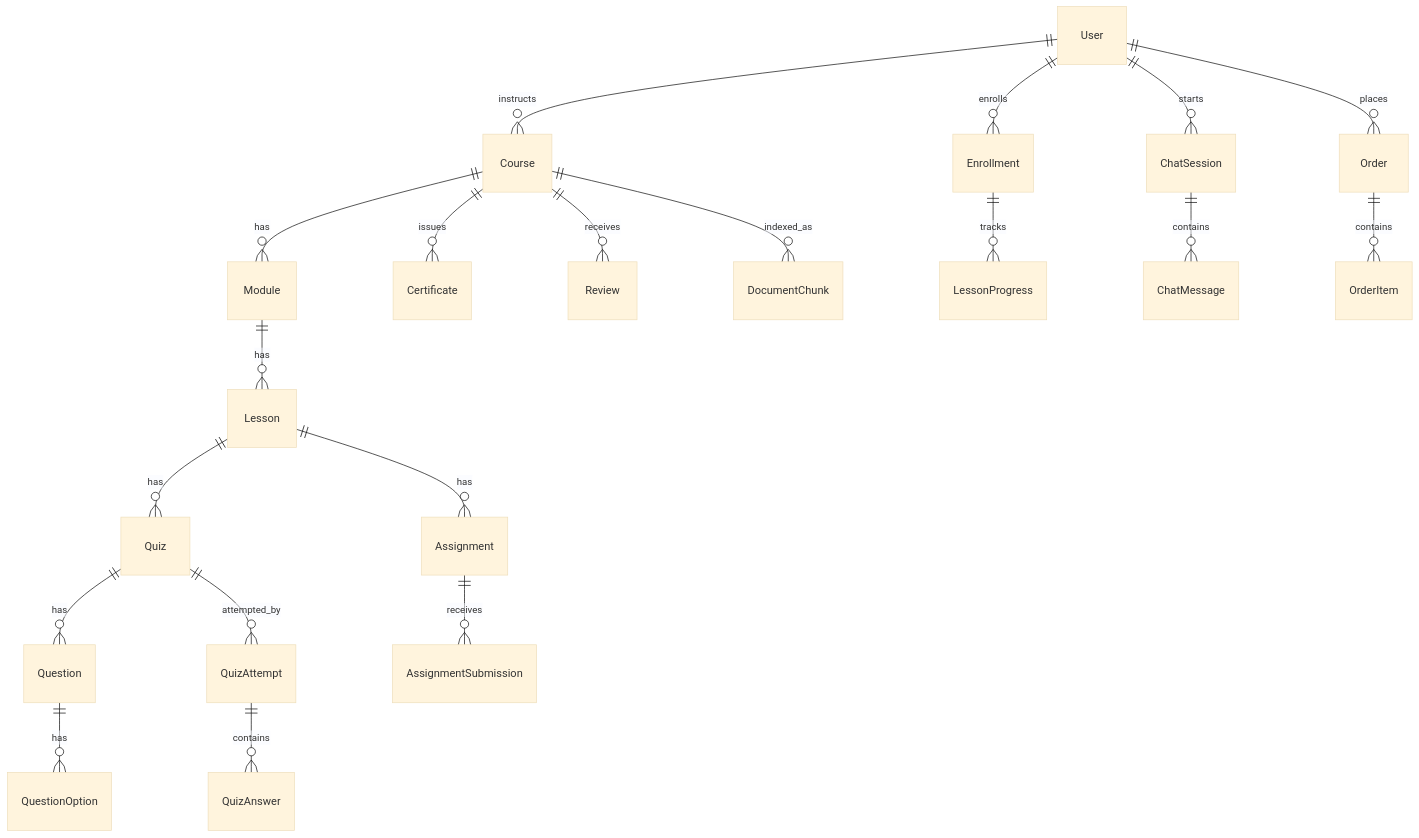
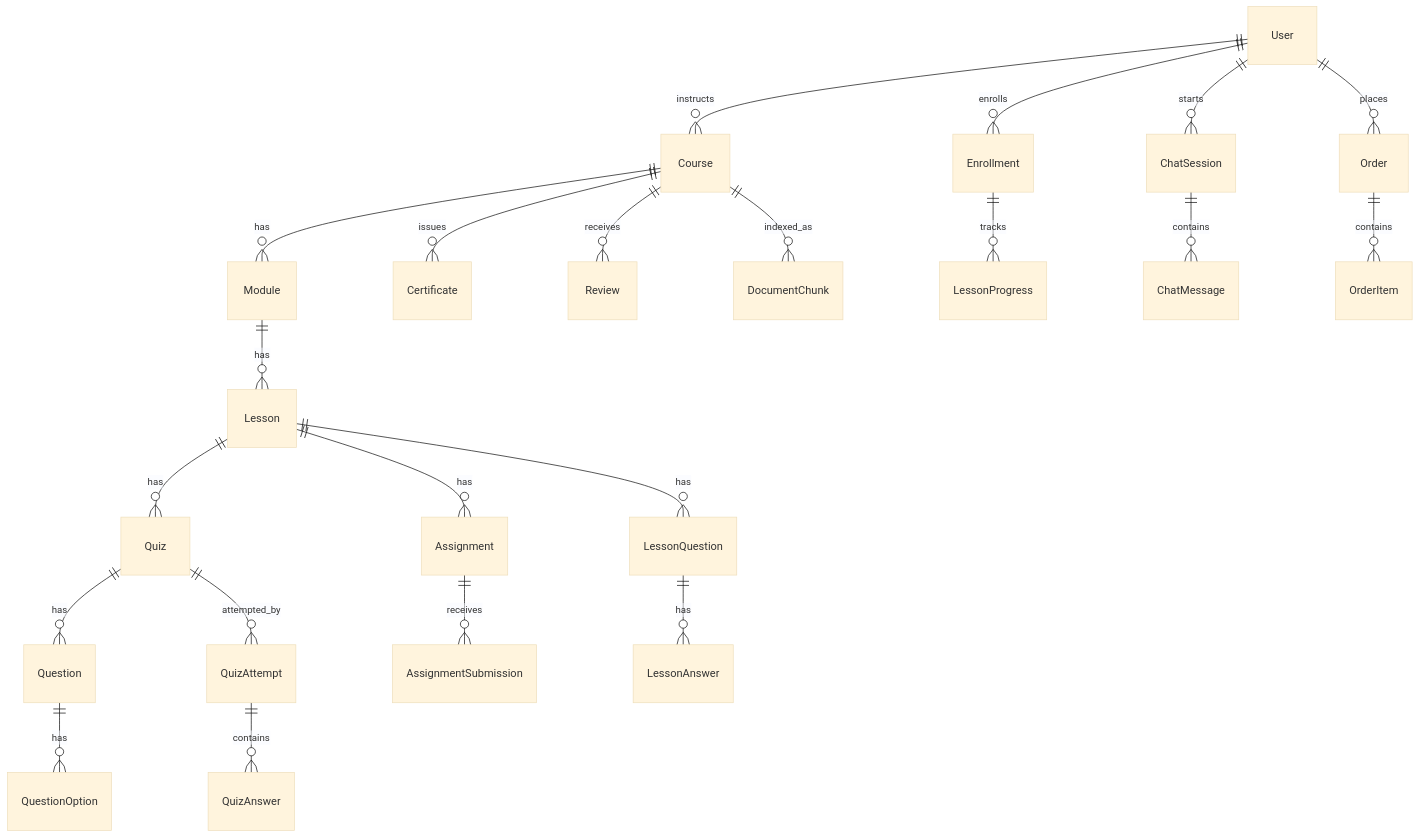
The diagram in share-docs/DATABASE.md (DucTrung611/vibecode-lms), drawn with Mermaid (base theme) before and after one commit. The commit also changed other lines of this file and 34 other files, not shown here.

Commit message:
feat(discussions): add lesson Q&A (ask/answer questions)

````diff
--- a/share-docs/DATABASE.md
+++ b/share-docs/DATABASE.md
@@ -115,22 +125,24 @@
 ```mermaid
 erDiagram
   User ||--o{ Course : instructs
   User ||--o{ Enrollment : enrolls
   Course ||--o{ Module : has
   Module ||--o{ Lesson : has
   Lesson ||--o{ Quiz : has
   Lesson ||--o{ Assignment : has
   Enrollment ||--o{ LessonProgress : tracks
   Quiz ||--o{ Question : has
   Question ||--o{ QuestionOption : has
   Quiz ||--o{ QuizAttempt : attempted_by
   QuizAttempt ||--o{ QuizAnswer : contains
   Assignment ||--o{ AssignmentSubmission : receives
   Course ||--o{ Certificate : issues
   Course ||--o{ Review : receives
   Course ||--o{ DocumentChunk : indexed_as
   User ||--o{ ChatSession : starts
   ChatSession ||--o{ ChatMessage : contains
   User ||--o{ Order : places
   Order ||--o{ OrderItem : contains
+  Lesson ||--o{ LessonQuestion : has
+  LessonQuestion ||--o{ LessonAnswer : has
 ```
````
